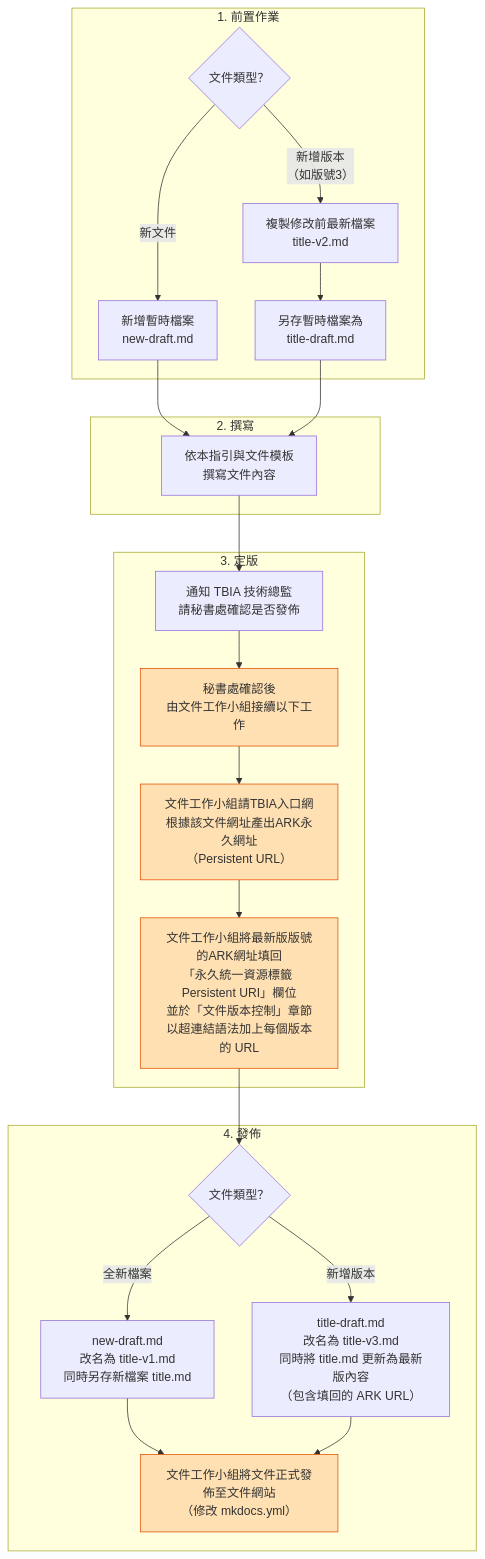
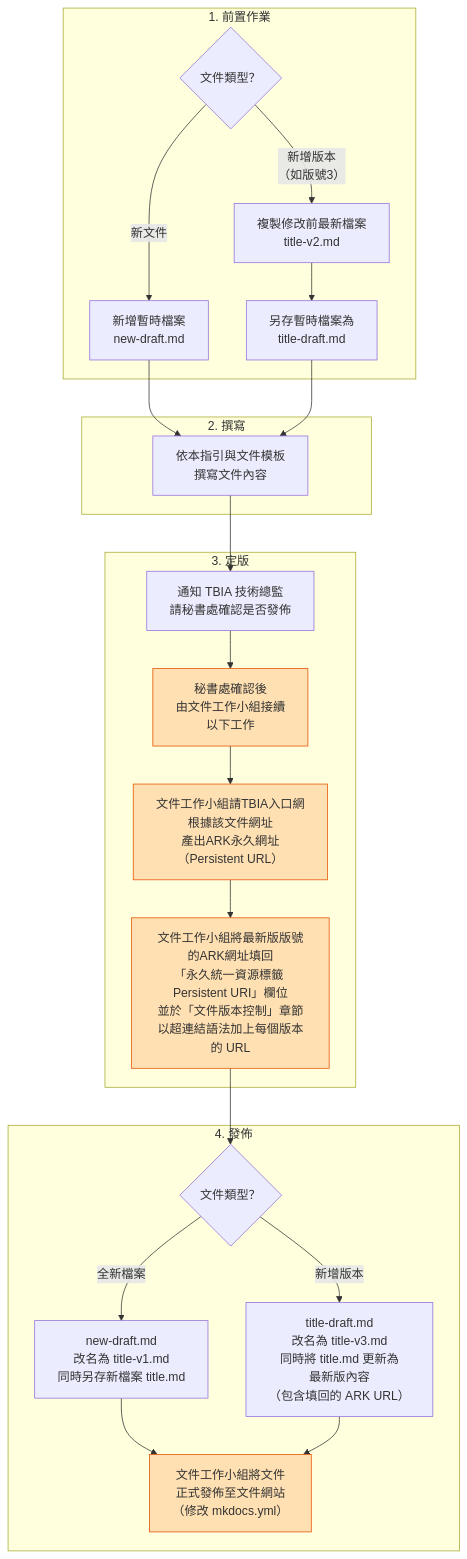
Before and after one commit to TBIA/docs: the diagram in docs/document_guidelines-draft.md, drawn with Mermaid.

````diff
--- a/docs/document_guidelines-draft.md
+++ b/docs/document_guidelines-draft.md
@@ -73,41 +73,41 @@
 ```mermaid
 flowchart TD
     subgraph prep["1. 前置作業"]
         A0{"文件類型？"}
         A0 -- 新文件 --> A1["新增暫時檔案<br/>new-draft.md"]
         A0 -- 新增版本<br/>（如版號3） --> A2["複製修改前最新檔案<br/>title-v2.md"] --> A3["另存暫時檔案為<br/>title-draft.md"]
     end
 
     A1 --> W1
     A3 --> W1
 
     subgraph write["2. 撰寫"]
         W1["依本指引與文件模板<br/>撰寫文件內容"]
     end
 
     W1 --> F1
 
     subgraph final["3. 定版"]
-        F1["通知 TBIA 技術總監<br/>請秘書處確認是否發佈"] --> F2["秘書處確認後<br/>由文件工作小組接續以下工作"]
-        F2 --> F3["文件工作小組請TBIA入口網<br/>根據該文件網址產出ARK永久網址<br/>（Persistent URL）"]
+        F1["通知 TBIA 技術總監<br/>請秘書處確認是否發佈"] --> F2["秘書處確認後<br/>由文件工作小組接續<br/>以下工作"]
+        F2 --> F3["文件工作小組請TBIA入口網<br/>根據該文件網址<br/>產出ARK永久網址<br/>（Persistent URL）"]
         F3 --> F4["文件工作小組將最新版版號的ARK網址填回<br/>「永久統一資源標籤 Persistent URI」欄位<br/>並於「文件版本控制」章節<br/>以超連結語法加上每個版本的 URL"]
     end
 
     F4 --> P0
 
     subgraph publish["4. 發佈"]
         P0{"文件類型？"}
         P0 -- 全新檔案 --> P1["new-draft.md<br/>改名為 title-v1.md<br/>同時另存新檔案 title.md"]
-        P0 -- 新增版本 --> P2["title-draft.md<br/>改名為 title-v3.md<br/>同時將 title.md 更新為最新版內容<br/>（包含填回的 ARK URL）"]
+        P0 -- 新增版本 --> P2["title-draft.md<br/>改名為 title-v3.md<br/>同時將 title.md 更新為<br/>最新版內容<br/>（包含填回的 ARK URL）"]
         P1 --> Z0
         P2 --> Z0
 
-        Z0["文件工作小組將文件正式發佈至文件網站<br/>（修改 mkdocs.yml）"]
+        Z0["文件工作小組將文件<br/>正式發佈至文件網站<br/>（修改 mkdocs.yml）"]
 
     end
 
     
 
     classDef staff fill:#ffe0b2,stroke:#e65100,color:#333
     class F2,F3,F4,Z0 staff
 ```
````
